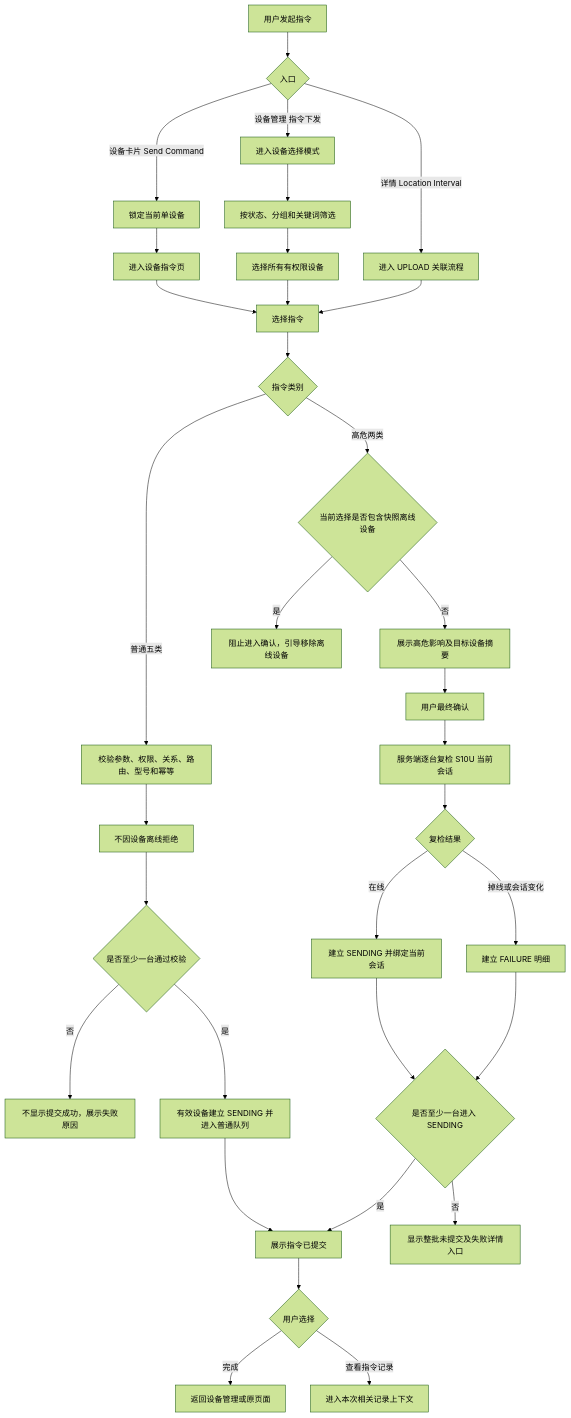
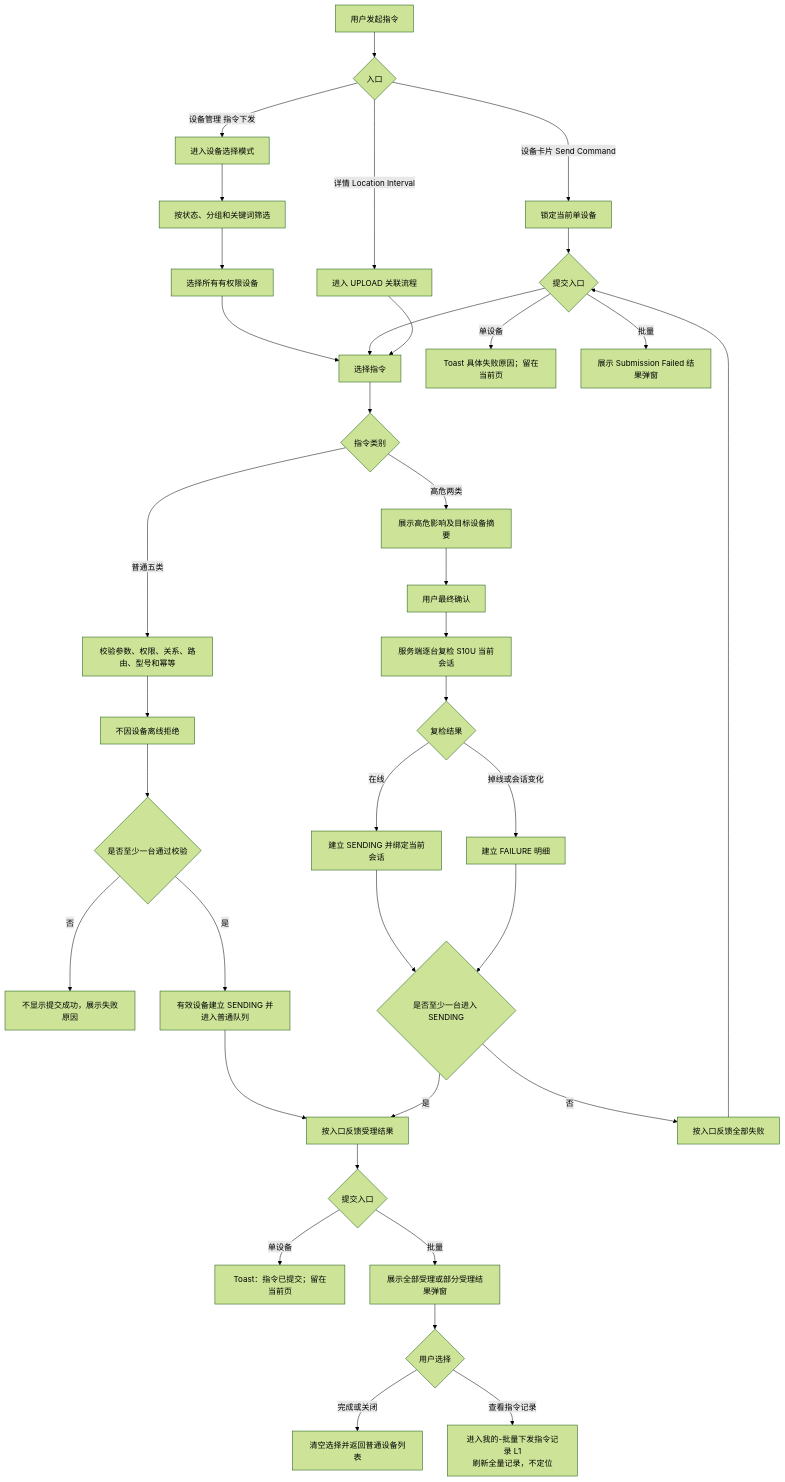
One commit to CuMgNa/skills changed the diagram in docs/manuals/革泰/逻辑大纲/革泰 APP 指令单设备与批量下发逻辑点梳理 plan-v2草案.md. Above: the diagram before and after it, drawn with Mermaid (forest theme). The commit also changed other lines of this file and 21 other files, not shown here.

````diff
--- a/docs/manuals/革泰/逻辑大纲/革泰 APP 指令单设备与批量下发逻辑点梳理 plan-v2草案.md
+++ b/docs/manuals/革泰/逻辑大纲/革泰 APP 指令单设备与批量下发逻辑点梳理 plan-v2草案.md
@@ -203,45 +204,50 @@
 ```mermaid
 flowchart TD
     A["用户发起指令"] --> B{"入口"}
 
     B -->|"设备卡片 Send Command"| C["锁定当前单设备"]
     B -->|"设备管理 指令下发"| D["进入设备选择模式"]
     B -->|"详情 Location Interval"| E["进入 UPLOAD 关联流程"]
 
     C --> F["进入设备指令页"]
     D --> D1["按状态、分组和关键词筛选"]
     D1 --> D2["选择所有有权限设备"]
     D2 --> G["选择指令"]
 
     F --> G
     E --> G
 
     G --> H{"指令类别"}
 
     H -->|"普通五类"| I["校验参数、权限、关系、路由、型号和幂等"]
     I --> J["不因设备离线拒绝"]
     J --> K{"是否至少一台通过校验"}
     K -->|"否"| K1["不显示提交成功，展示失败原因"]
     K -->|"是"| K2["有效设备建立 SENDING 并进入普通队列"]
-    K2 --> Z["展示指令已提交"]
+    K2 --> Z["按入口反馈受理结果"]
 
-    H -->|"高危两类"| L{"当前选择是否包含快照离线设备"}
-    L -->|"是"| L1["阻止进入确认，引导移除离线设备"]
-    L -->|"否"| M["展示高危影响及目标设备摘要"]
+    H -->|"高危两类"| M["展示高危影响及目标设备摘要"]
     M --> N["用户最终确认"]
     N --> O["服务端逐台复检 S10U 当前会话"]
     O --> P{"复检结果"}
 
     P -->|"在线"| P1["建立 SENDING 并绑定当前会话"]
     P -->|"掉线或会话变化"| P2["建立 FAILURE 明细"]
 
     P1 --> Q{"是否至少一台进入 SENDING"}
     P2 --> Q
 
     Q -->|"是"| Z
-    Q -->|"否"| Q1["显示整批未提交及失败详情入口"]
+    Q -->|"否"| Z0["按入口反馈全部失败"]
 
-    Z --> R{"用户选择"}
-    R -->|"完成"| S["返回设备管理或原页面"]
-    R -->|"查看指令记录"| T["进入本次相关记录上下文"]
+    Z --> R{"提交入口"}
+    R -->|"单设备"| S1["Toast：指令已提交；留在当前页"]
+    R -->|"批量"| B1["展示全部受理或部分受理结果弹窗"]
+    B1 --> B2{"用户选择"}
+    B2 -->|"完成或关闭"| S["清空选择并返回普通设备列表"]
+    B2 -->|"查看指令记录"| T["进入我的-批量下发指令记录 L1\n刷新全量记录，不定位"]
+
+    Z0 --> F{"提交入口"}
+    F -->|"单设备"| F1["Toast 具体失败原因；留在当前页"]
+    F -->|"批量"| F2["展示 Submission Failed 结果弹窗"]
 ```
````
